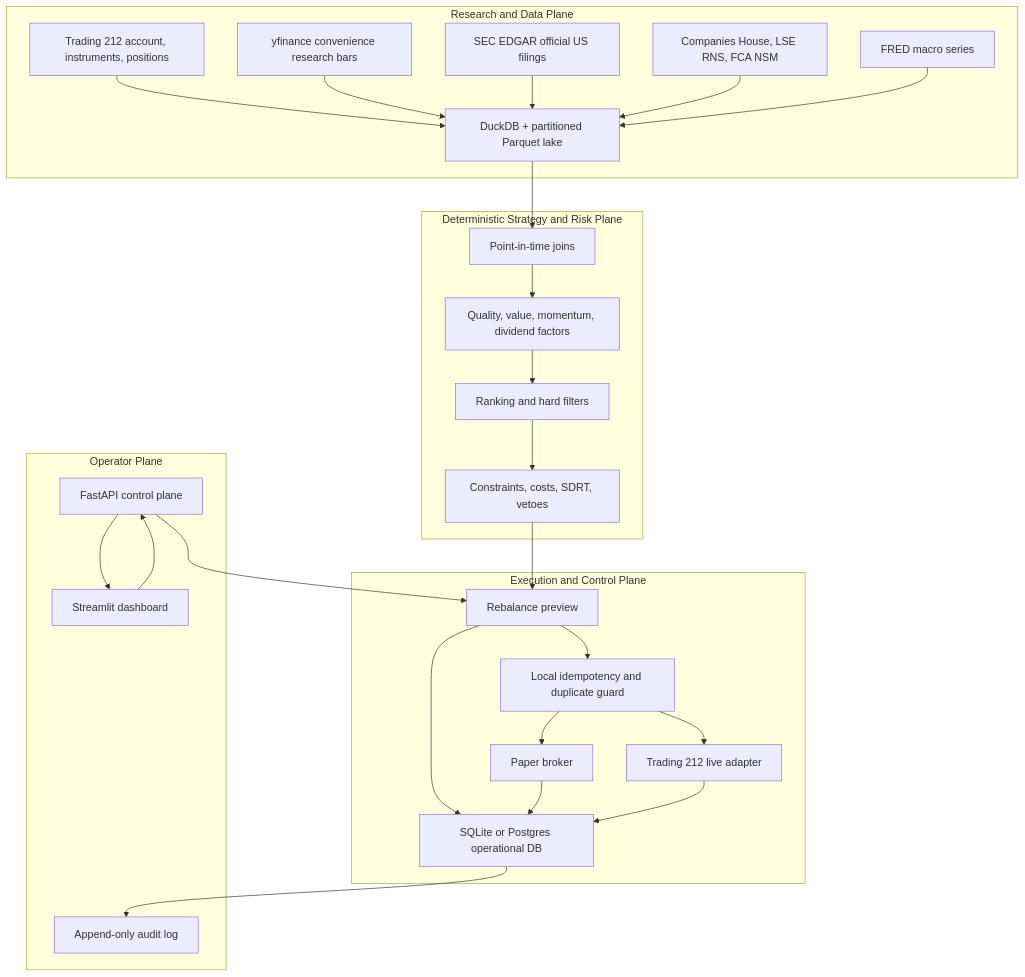
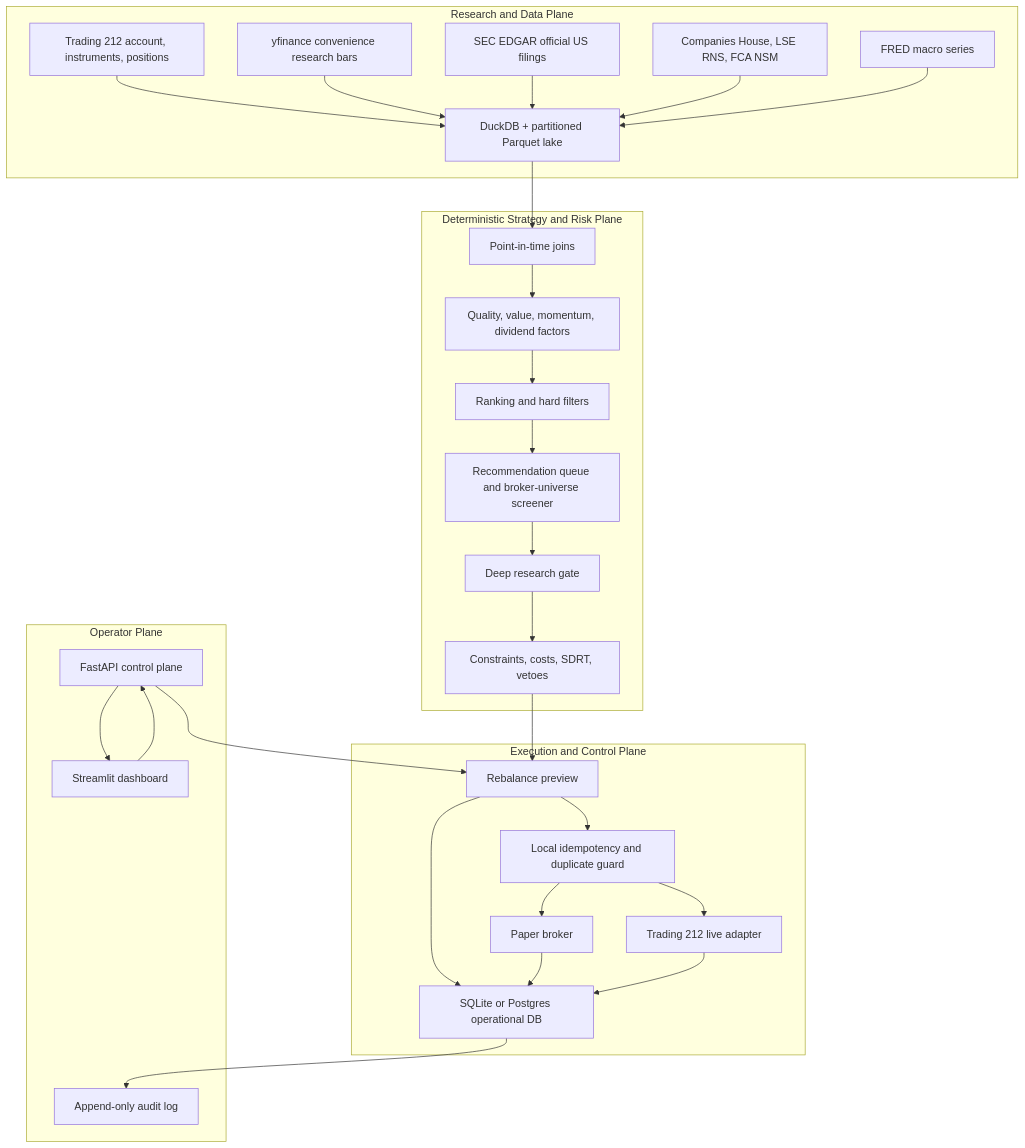
Before and after one commit to danielcoakley/t212: the first of 3 diagrams in docs/architecture.md, drawn with Mermaid. The commit also changed other lines of this file and 31 other files, not shown here.

Commit message:
Implement MVP research gate workflow

````diff
--- a/docs/architecture.md
+++ b/docs/architecture.md
@@ -6,46 +6,48 @@
 ```mermaid
 flowchart TD
     subgraph Data["Research and Data Plane"]
         T212["Trading 212 account, instruments, positions"]
         YF["yfinance convenience research bars"]
         SEC["SEC EDGAR official US filings"]
         UK["Companies House, LSE RNS, FCA NSM"]
         MACRO["FRED macro series"]
         LAKE["DuckDB + partitioned Parquet lake"]
     end
     subgraph Strategy["Deterministic Strategy and Risk Plane"]
         PIT["Point-in-time joins"]
         FACTORS["Quality, value, momentum, dividend factors"]
         RANK["Ranking and hard filters"]
+        RECS["Recommendation queue and broker-universe screener"]
+        RESEARCH["Deep research gate"]
         RISK["Constraints, costs, SDRT, vetoes"]
     end
     subgraph Control["Execution and Control Plane"]
         PREVIEW["Rebalance preview"]
         IDEM["Local idempotency and duplicate guard"]
         PAPER["Paper broker"]
         LIVE["Trading 212 live adapter"]
         DB["SQLite or Postgres operational DB"]
     end
     subgraph Operator["Operator Plane"]
         API["FastAPI control plane"]
         DASH["Streamlit dashboard"]
         AUDIT["Append-only audit log"]
     end
     T212 --> LAKE
     YF --> LAKE
     SEC --> LAKE
     UK --> LAKE
     MACRO --> LAKE
     LAKE --> PIT
-    PIT --> FACTORS --> RANK --> RISK --> PREVIEW
+    PIT --> FACTORS --> RANK --> RECS --> RESEARCH --> RISK --> PREVIEW
     PREVIEW --> IDEM
     IDEM --> PAPER
     IDEM --> LIVE
     PREVIEW --> DB
     PAPER --> DB
     LIVE --> DB
     DB --> AUDIT
     API --> PREVIEW
     API --> DASH
     DASH --> API
 ```
````
